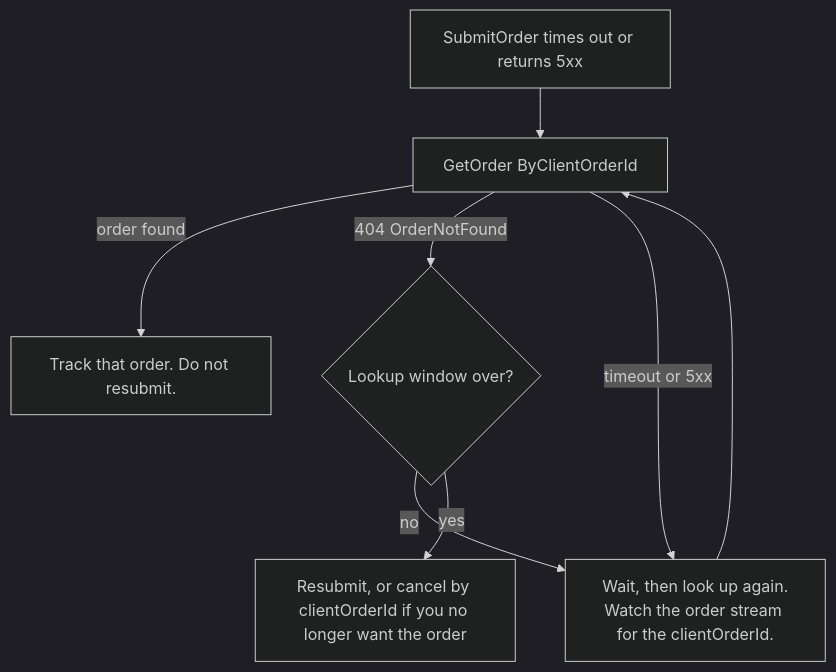
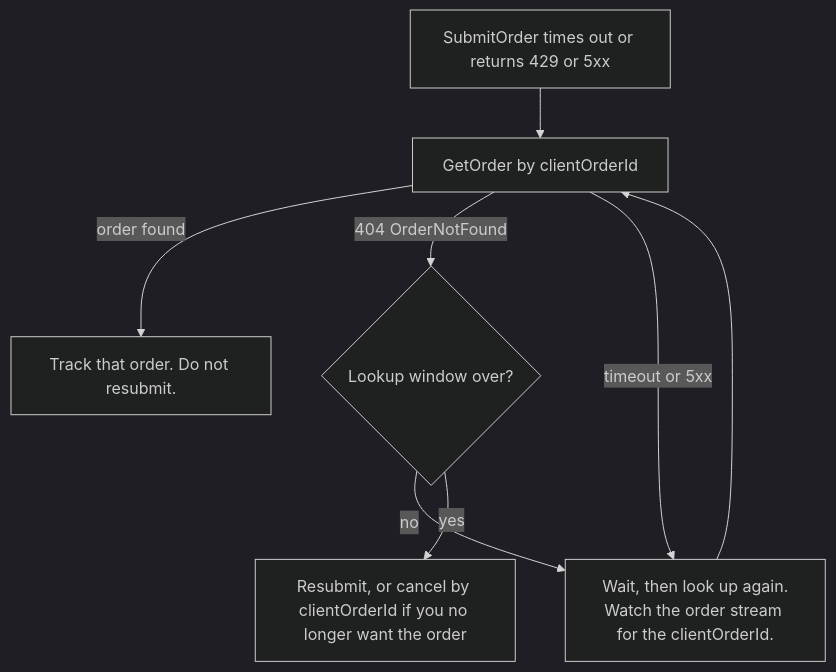
One commit to Plurex/docs changed the second of 2 diagrams in guides/orders.mdx. Above: the diagram before and after it, drawn with Mermaid (dark theme). The commit also changed other lines of this file and 72 other files, not shown here.

````diff
--- a/guides/orders.mdx
+++ b/guides/orders.mdx
@@ -319,10 +321,10 @@
 ```mermaid
 flowchart TD
-  A[SubmitOrder times out or returns 5xx] --> B[GetOrder ByClientOrderId]
+  A[SubmitOrder times out or returns 429 or 5xx] --> B[GetOrder by clientOrderId]
   B -->|order found| C[Track that order. Do not resubmit.]
   B -->|404 OrderNotFound| D{Lookup window over?}
   D -->|no| E[Wait, then look up again.<br/>Watch the order stream for the clientOrderId.]
   E --> B
   D -->|yes| F[Resubmit, or cancel by clientOrderId if you no longer want the order]
   B -->|timeout or 5xx| E
 ```
````
